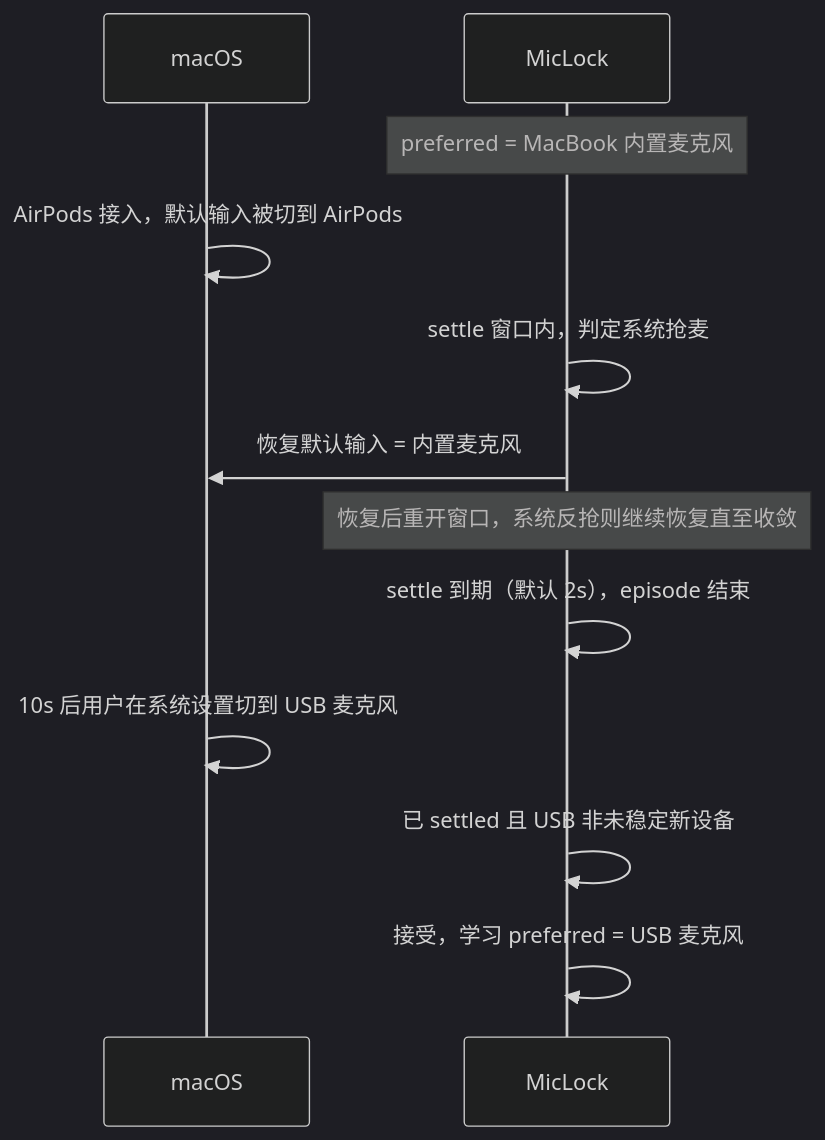
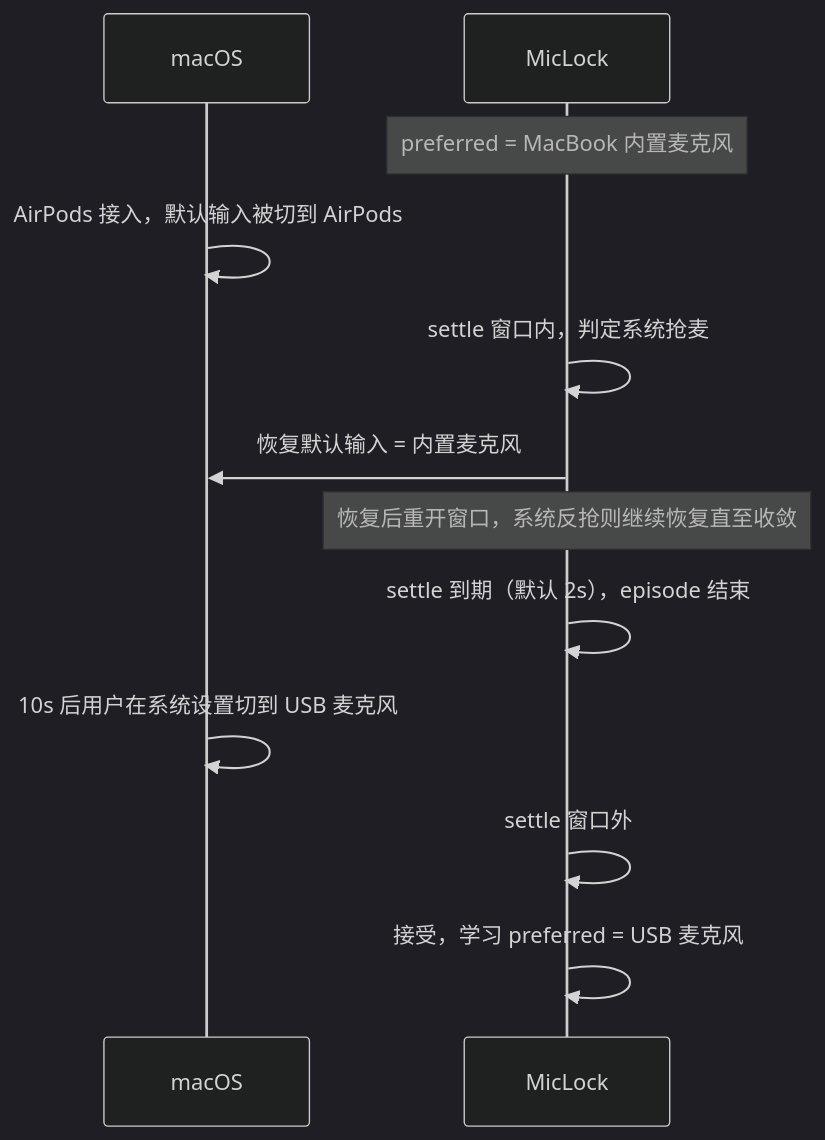
Before and after one commit to Forgo7ten/MicLock: the third of 3 diagrams in docs/auto-mode.md, drawn with Mermaid (dark theme). The commit also changed other lines of this file and 7 other files, not shown here.

````diff
--- a/docs/auto-mode.md
+++ b/docs/auto-mode.md
@@ -73,14 +72,14 @@
 ```mermaid
 sequenceDiagram
     participant SYS as macOS
     participant ML as MicLock
     Note over ML: preferred = MacBook 内置麦克风
     SYS->>SYS: AirPods 接入，默认输入被切到 AirPods
     ML->>ML: settle 窗口内，判定系统抢麦
     ML->>SYS: 恢复默认输入 = 内置麦克风
     Note over ML: 恢复后重开窗口，系统反抢则继续恢复直至收敛
     ML->>ML: settle 到期（默认 2s），episode 结束
     SYS->>SYS: 10s 后用户在系统设置切到 USB 麦克风
-    ML->>ML: 已 settled 且 USB 非未稳定新设备
+    ML->>ML: settle 窗口外
     ML->>ML: 接受，学习 preferred = USB 麦克风
 ```
````
